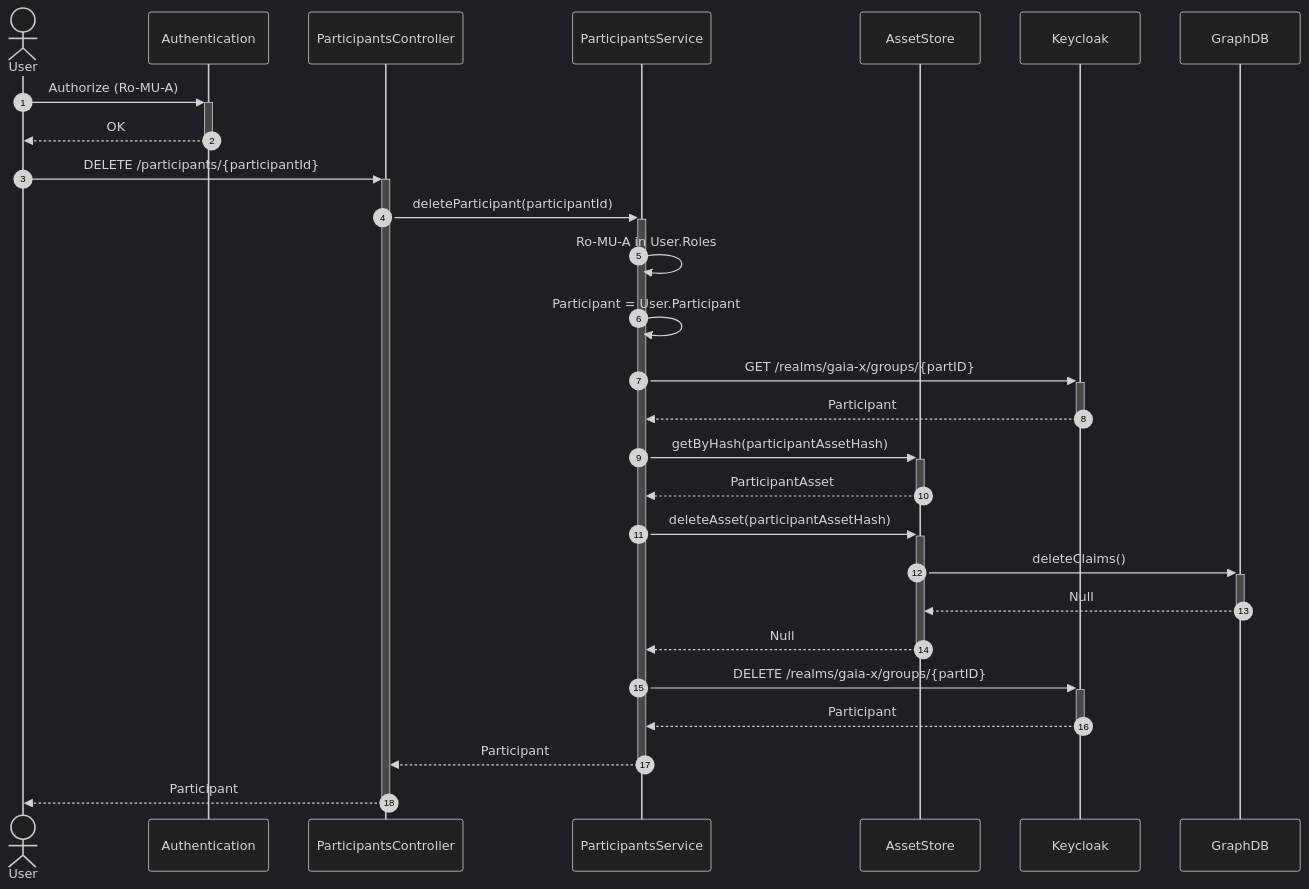
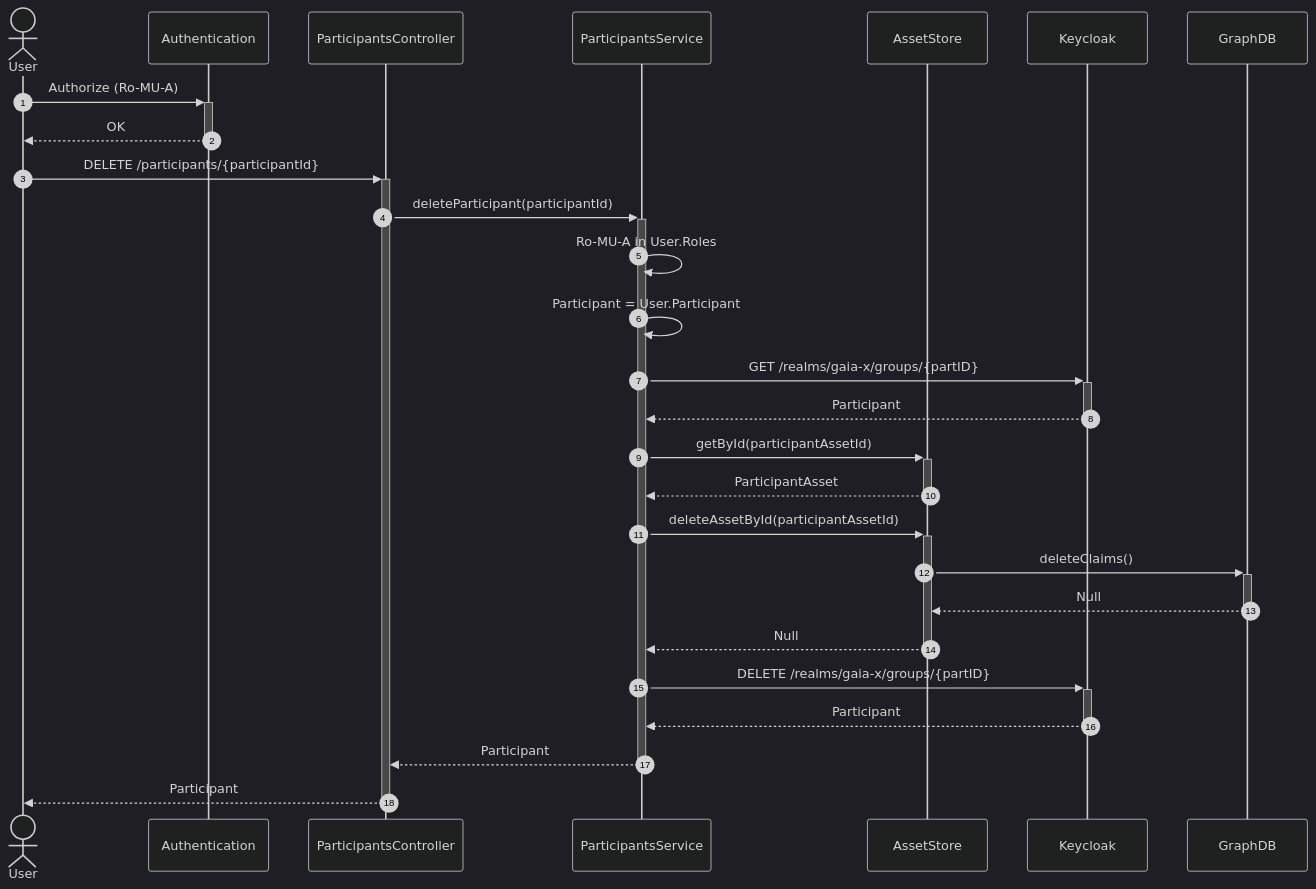
Before and after one commit to federated-catalogue-enhancements-2026/docs: the seventh of 35 diagrams in federated-catalogue/src/docs/architecture/chapters/06_runtime_view.adoc, drawn with Mermaid (dark theme). The commit also changed other lines of this file and 4 other files, not shown here.

```diff
--- a/federated-catalogue/src/docs/architecture/chapters/06_runtime_view.adoc
+++ b/federated-catalogue/src/docs/architecture/chapters/06_runtime_view.adoc
@@ -253,41 +253,41 @@
 [mermaid, width=2000]
 ....
     sequenceDiagram
         autonumber
         actor User
         participant Auth as Authentication
 
         participant API as ParticipantsController
         participant Parti as ParticipantsService
         participant AssetStore as AssetStore
         participant Keycloak
         participant Graph as GraphDB
 
         User ->> + Auth:Authorize (Ro-MU-A)
         Auth -->> - User:OK
 
         User ->> + API:DELETE /participants/{participantId}
 
         API ->> + Parti: deleteParticipant(participantId)
 
         Parti ->> Parti: Ro-MU-A in User.Roles
         Parti ->> Parti: Participant = User.Participant
 
         Parti ->> + Keycloak: GET /realms/gaia-x/groups/{partID}
         Keycloak -->> - Parti: Participant
 
-        Parti ->> + AssetStore: getByHash(participantAssetHash)
+        Parti ->> + AssetStore: getById(participantAssetId)
         AssetStore -->> - Parti: ParticipantAsset
 
-        Parti ->> + AssetStore: deleteAsset(participantAssetHash)
+        Parti ->> + AssetStore: deleteAssetById(participantAssetId)
         AssetStore ->> + Graph: deleteClaims()
         Graph -->> - AssetStore:Null
         AssetStore -->> - Parti: Null
 
         Parti ->> + Keycloak: DELETE /realms/gaia-x/groups/{partID}
         Keycloak -->> - Parti: Participant
 
         Parti -->> - API: Participant
 
         API -->> - User: Participant
 ....
```
